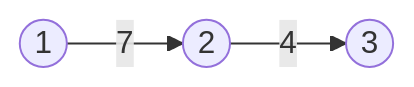
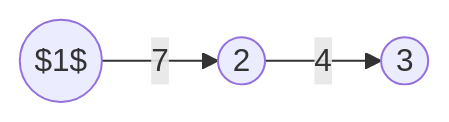
One commit to almeidaraul/almeidaraul.github.io changed the third of 5 diagrams in _posts/2023-11-23-graph.md. Above: the diagram before and after it, drawn with Mermaid. The commit also changed other lines of this file, not shown here.

Commit message:
changes to graph trick

```diff
--- a/_posts/2023-11-23-graph.md
+++ b/_posts/2023-11-23-graph.md
@@ -161,5 +171,5 @@
 {% mermaid %}
 graph LR
-    id1((1))  -->|7| id2((2))
+    id1(($1$))  -->|7| id2((2))
     id2((2))  -->|4| id3((3))
 {% endmermaid %}
```
